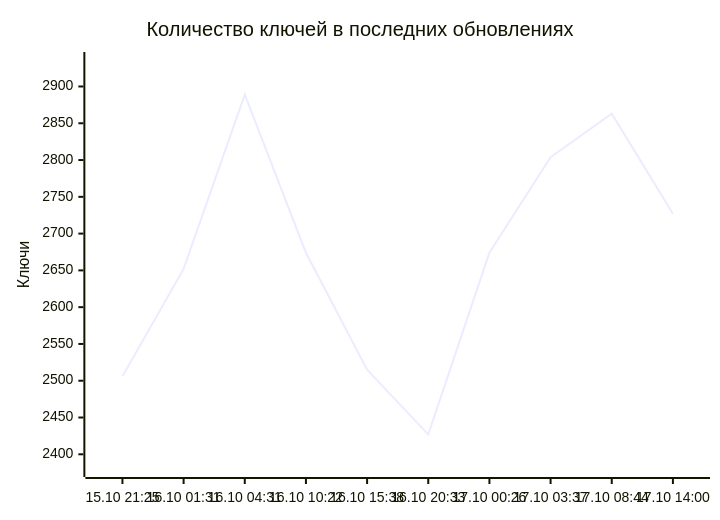
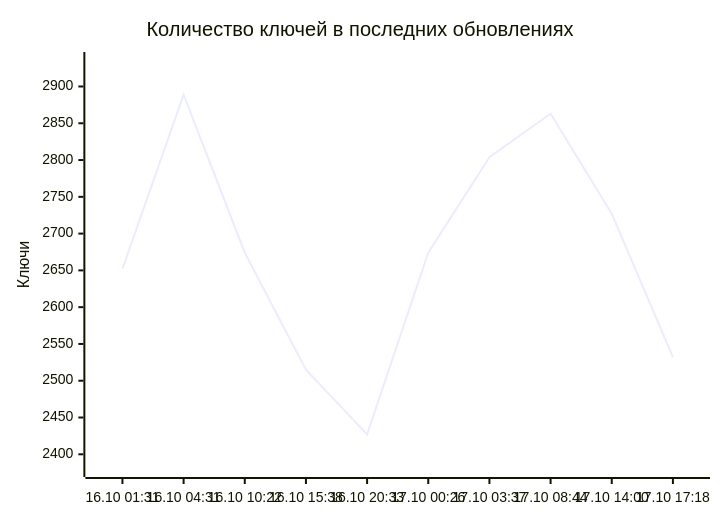
One commit to markKikhtenko/WireVeil changed the diagram in README.md. Above: the diagram before and after it, drawn with Mermaid. The commit also changed other lines of this file and 12 other files, not shown here.

````diff
--- a/README.md
+++ b/README.md
@@ -55,7 +55,7 @@
 ```mermaid
 xychart-beta
     title "Количество ключей в последних обновлениях"
-    x-axis ["15.10 21:25", "16.10 01:31", "16.10 04:31", "16.10 10:22", "16.10 15:38", "16.10 20:33", "17.10 00:26", "17.10 03:37", "17.10 08:44", "17.10 14:00"]
+    x-axis ["16.10 01:31", "16.10 04:31", "16.10 10:22", "16.10 15:38", "16.10 20:33", "17.10 00:26", "17.10 03:37", "17.10 08:44", "17.10 14:00", "17.10 17:18"]
     y-axis "Ключи" 2380 --> 2936
-    line [2506, 2652, 2889, 2674, 2515, 2427, 2674, 2804, 2863, 2727]
+    line [2652, 2889, 2674, 2515, 2427, 2674, 2804, 2863, 2727, 2532]
 ```
````
